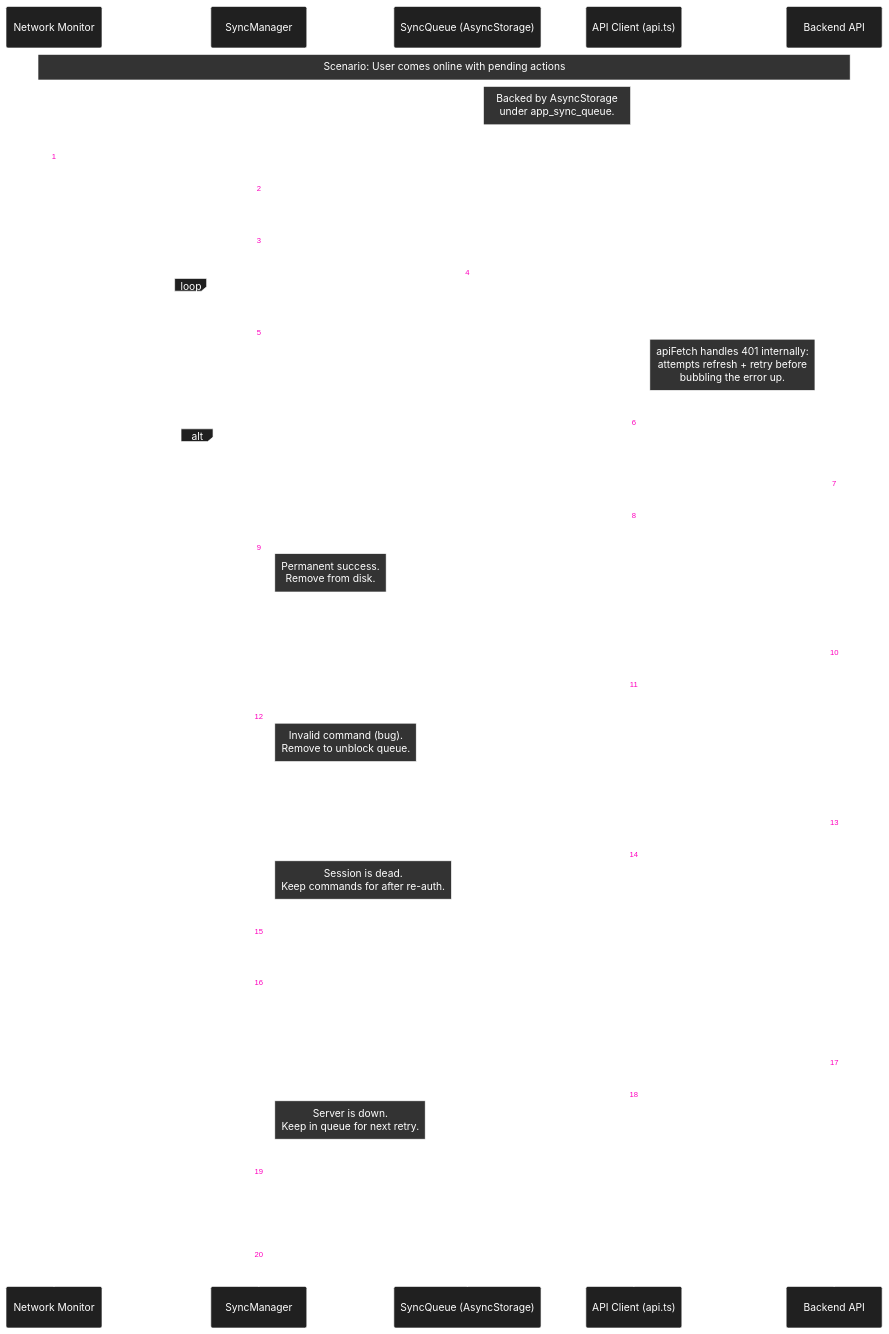
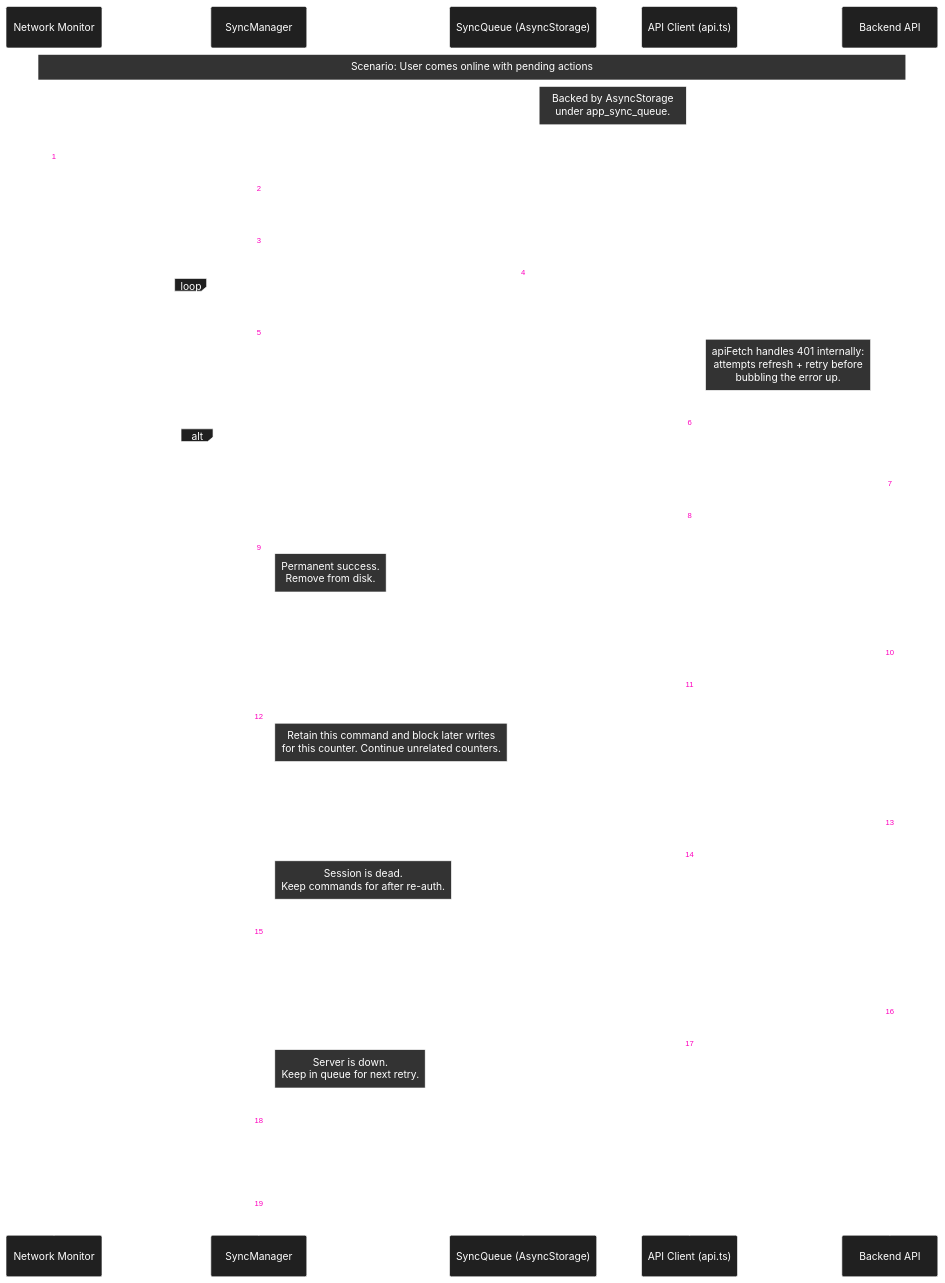
One commit to michaelgreenl/tally-tracker changed the diagram in docs/diagrams/sequence/background-sync.md. Above: the diagram before and after it, drawn with Mermaid. The commit also changed 32 other files, not shown here.

````diff
--- a/docs/diagrams/sequence/background-sync.md
+++ b/docs/diagrams/sequence/background-sync.md
@@ -3,71 +3,70 @@
 ```mermaid
 %%{
   init: {
     'theme': 'base',
     'themeVariables': {
       'primaryColor': '#202020',
       'primaryTextColor': '#fff',
       'primaryBorderColor': '#ffffff',
       'lineColor': '#00ff41',
       'secondaryColor': '#006100',
       'tertiaryColor': '#fff',
       'noteBkgColor': '#333',
       'noteTextColor': '#fff',
       'noteBorderColor': '#fff'
     }
   }
 }%%
 
 sequenceDiagram
     autonumber
     participant Net as Network Monitor
     participant Manager as SyncManager
     participant Queue as SyncQueue (AsyncStorage)
     participant Client as API Client (api.ts)
     participant API as Backend API
 
     Note over Net, API: Scenario: User comes online with pending actions
     Note right of Queue: Backed by AsyncStorage<br/>under app_sync_queue.
 
     Net->>Manager: Expo Network reports connected
     Manager->>Manager: processQueue()
 
-    Manager->>Queue: getQueue()
+    Manager->>Queue: get()
     Queue-->>Manager: Returns [Cmd1, Cmd2]
 
     loop For Each Command
         Manager->>Client: Execute Command (Cmd1)
 
         Note right of Client: apiFetch handles 401 internally:<br/>attempts refresh + retry before<br/>bubbling the error up.
 
         Client->>API: Request (with idempotency key)
 
         alt Success (200/201)
             API-->>Client: 200 OK
             Client-->>Manager: Success
-            Manager->>Queue: removeCommand(Cmd1)
+            Manager->>Queue: remove(Cmd1.id)
             Note right of Manager: Permanent success.<br/>Remove from disk.
 
-        else Fatal Error (non-401 4xx)
+        else Rejected Command (400/403/404/409/422)
             API-->>Client: 400/403/404/409/422
             Client-->>Manager: ApiError (4xx)
-            Manager->>Queue: removeCommand(Cmd1)
-            Note right of Manager: Invalid command (bug).<br/>Remove to unblock queue.
+            Manager->>Queue: reject(Cmd1.id, status)
+            Note right of Manager: Retain this command and block later writes<br/>for this counter. Continue unrelated counters.
 
         else Session Expired (401 after refresh failed)
             API-->>Client: 401 Unauthorized
             Client-->>Manager: ApiError (401)
             Note right of Manager: Session is dead.<br/>Keep commands for after re-auth.
-            Manager->>Manager: Trigger logout
             Manager-->>Manager: Stop Processing (Break Loop)
 
-        else Temporary Error (500/Network)
-            API-->>Client: 500 Server Error
-            Client-->>Manager: ApiError (5xx/0)
+        else Temporary Error (429/5xx/Network)
+            API-->>Client: Temporary failure
+            Client-->>Manager: ApiError
             Note right of Manager: Server is down.<br/>Keep in queue for next retry.
             Manager-->>Manager: Stop Processing (Break Loop)
         end
     end
 
-    Manager-->>Manager: isSyncing = false
+    Manager-->>Manager: Report idle when drained, otherwise error
 ```
````
